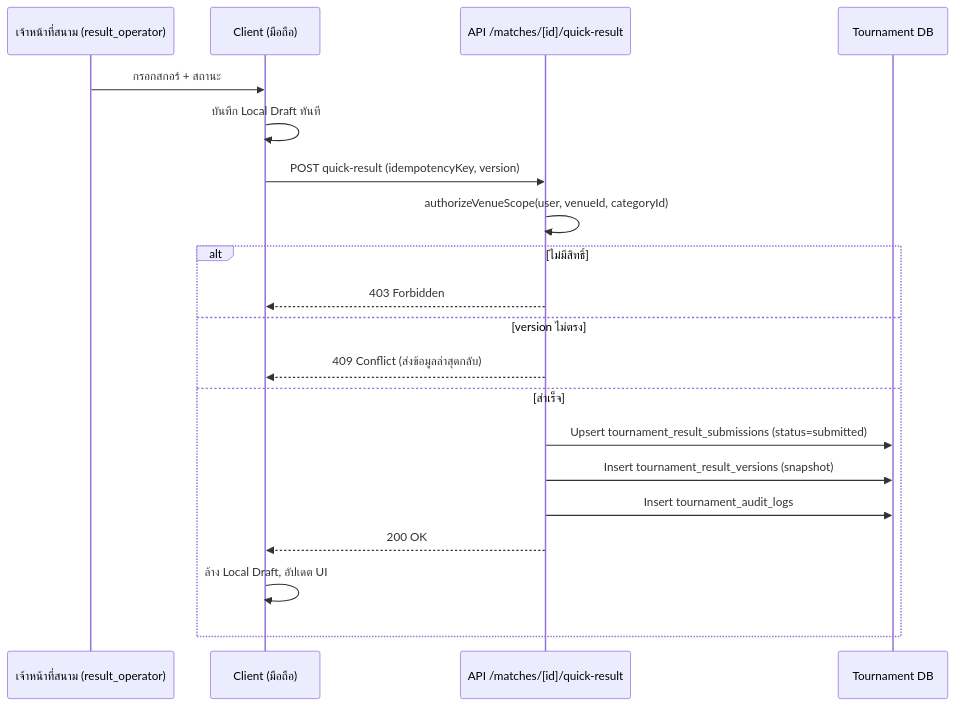
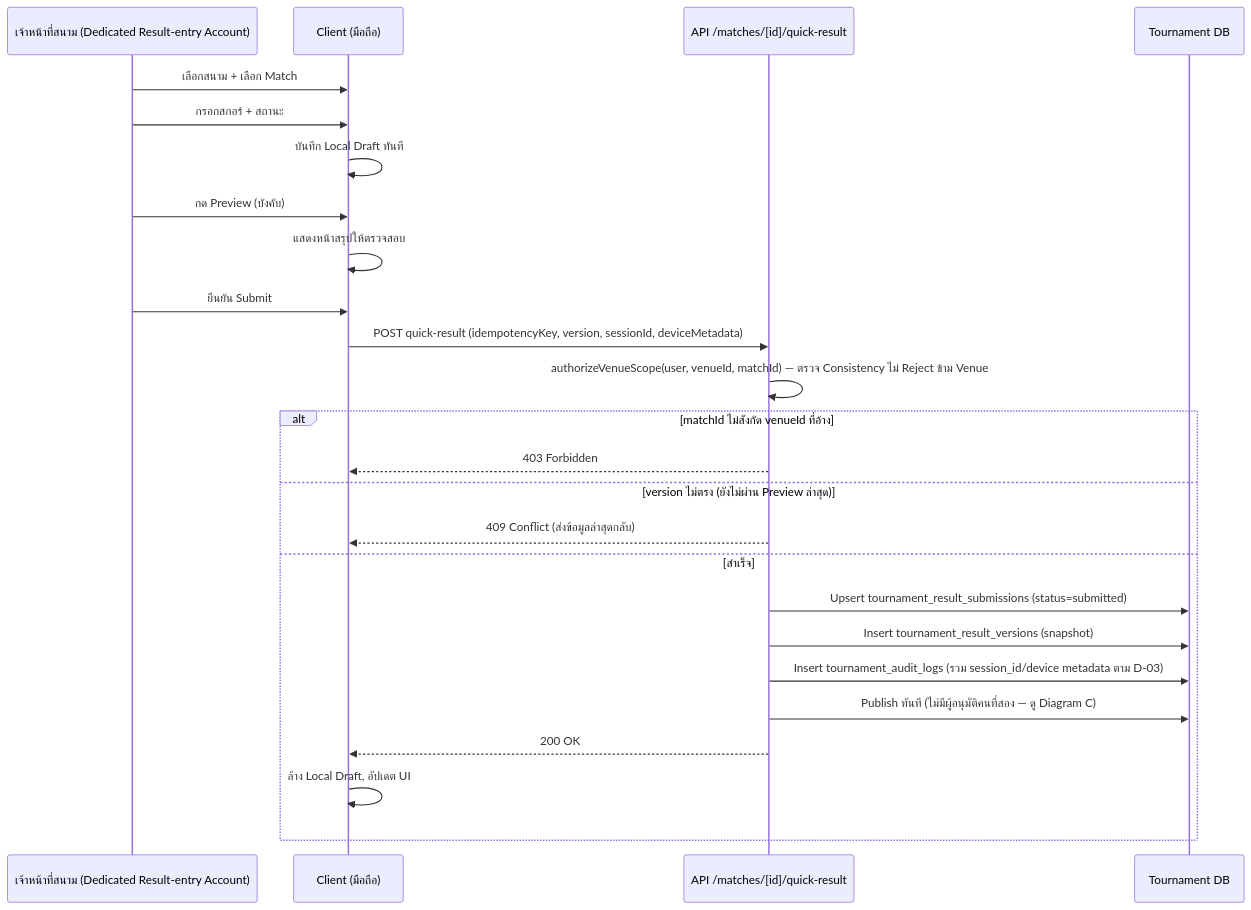
Before and after one commit to pattaramet-tech/cfyl: the third of 4 diagrams in TOURNAMENT_V2_VENUE_OPERATIONS.md, drawn with Mermaid. The commit also changed other lines of this file and 7 other files, not shown here.

````diff
--- a/TOURNAMENT_V2_VENUE_OPERATIONS.md
+++ b/TOURNAMENT_V2_VENUE_OPERATIONS.md
@@ -403,23 +412,28 @@
 ```mermaid
 sequenceDiagram
-    participant U as เจ้าหน้าที่สนาม (result_operator)
+    participant U as เจ้าหน้าที่สนาม (Dedicated Result-entry Account)
     participant C as Client (มือถือ)
     participant A as API /matches/[id]/quick-result
     participant D as Tournament DB
 
+    U->>C: เลือกสนาม + เลือก Match
     U->>C: กรอกสกอร์ + สถานะ
     C->>C: บันทึก Local Draft ทันที
-    C->>A: POST quick-result (idempotencyKey, version)
-    A->>A: authorizeVenueScope(user, venueId, categoryId)
-    alt ไม่มีสิทธิ์
+    U->>C: กด Preview (บังคับ)
+    C->>C: แสดงหน้าสรุปให้ตรวจสอบ
+    U->>C: ยืนยัน Submit
+    C->>A: POST quick-result (idempotencyKey, version, sessionId, deviceMetadata)
+    A->>A: authorizeVenueScope(user, venueId, matchId) — ตรวจ Consistency ไม่ Reject ข้าม Venue
+    alt matchId ไม่สังกัด venueId ที่อ้าง
         A-->>C: 403 Forbidden
-    else version ไม่ตรง
+    else version ไม่ตรง (ยังไม่ผ่าน Preview ล่าสุด)
         A-->>C: 409 Conflict (ส่งข้อมูลล่าสุดกลับ)
     else สำเร็จ
         A->>D: Upsert tournament_result_submissions (status=submitted)
         A->>D: Insert tournament_result_versions (snapshot)
-        A->>D: Insert tournament_audit_logs
+        A->>D: Insert tournament_audit_logs (รวม session_id/device metadata ตาม D-03)
+        A->>D: Publish ทันที (ไม่มีผู้อนุมัติคนที่สอง — ดู Diagram C)
         A-->>C: 200 OK
         C->>C: ล้าง Local Draft, อัปเดต UI
     end
 ```
````
